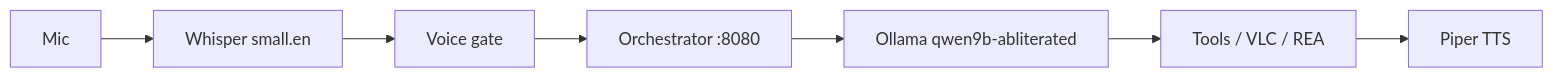
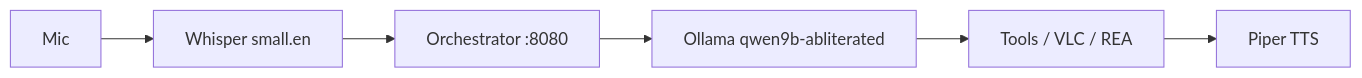
One commit to basementjarvisunleashed-a11y/jarvis-estate changed the diagram in local-jarvis/README.md. Above: the diagram before and after it, drawn with Mermaid. The commit also changed other lines of this file and 30 other files, not shown here.

````diff
--- a/local-jarvis/README.md
+++ b/local-jarvis/README.md
@@ -33,9 +33,8 @@
 ```mermaid
 flowchart LR
     mic[Mic] --> whisper[Whisper small.en]
-    whisper --> gate[Voice gate]
-    gate --> orch["Orchestrator :8080"]
+    whisper --> orch["Orchestrator :8080"]
     orch --> ollama["Ollama qwen9b-abliterated"]
     ollama --> tools["Tools / VLC / REA"]
     tools --> piper["Piper TTS"]
 ```
````
